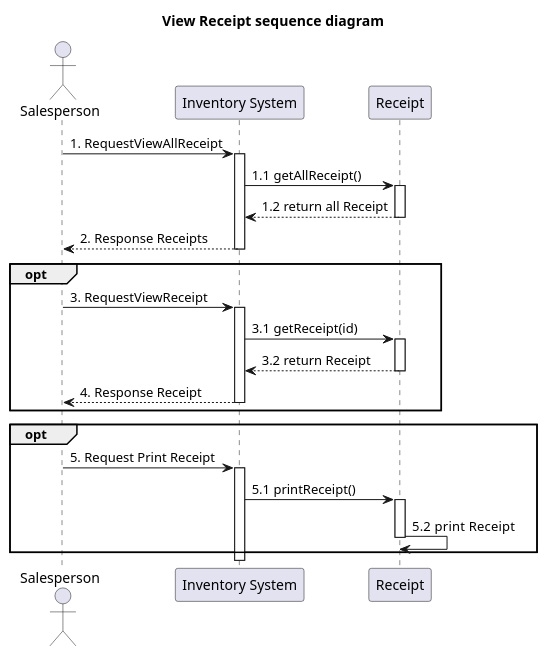
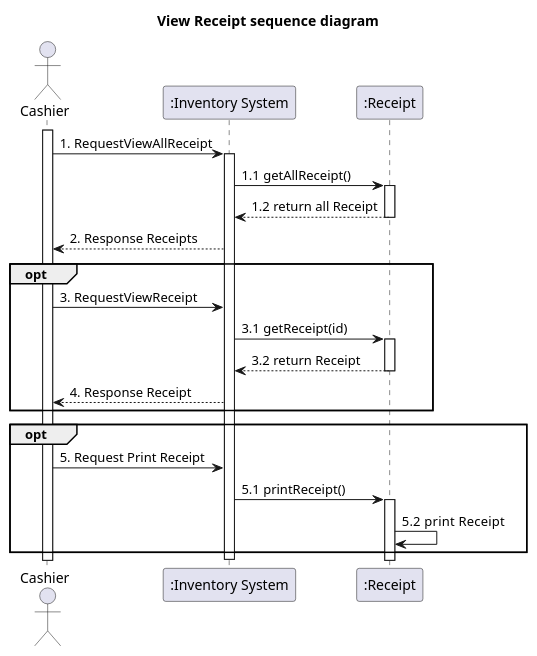
Before and after one commit to billowdev/inventory-system-plantuml-sequelize-seeder-example: the diagram in system-analysis/sequence/_7_1_sequence-view-receipt.puml, drawn with PlantUML. The commit also changed 22 other files, not shown here.

Commit message:
update sequence diagram and add overview sequence

```diff
--- a/system-analysis/sequence/_7_1_sequence-view-receipt.puml
+++ b/system-analysis/sequence/_7_1_sequence-view-receipt.puml
@@ -1,61 +1,59 @@
 @startuml
 'example
 title View Receipt sequence diagram
 
-actor Salesperson as actorSalesperson
-participant "Inventory System" as InventorySystem
-participant "Receipt" as classReceipt
+actor Cashier as actorCashier
+participant ":Inventory System" as InventorySystem
+participant ":Receipt" as classReceipt
 
-actorSalesperson -> InventorySystem: 1. RequestViewAllReceipt
+activate actorCashier
+
+actorCashier -> InventorySystem: 1. RequestViewAllReceipt
 activate InventorySystem
 
 '-------------- START view product ---------------
 InventorySystem -> classReceipt: 1.1 getAllReceipt()
 activate classReceipt
 
 classReceipt --> InventorySystem: 1.2 return all Receipt
 deactivate classReceipt
 
-InventorySystem --> actorSalesperson : 2. Response Receipts
+InventorySystem --> actorCashier : 2. Response Receipts
 
-deactivate InventorySystem
 
 
 opt
-actorSalesperson -> InventorySystem: 3. RequestViewReceipt
-activate InventorySystem
+actorCashier -> InventorySystem: 3. RequestViewReceipt
 
 InventorySystem -> classReceipt: 3.1 getReceipt(id)
 activate classReceipt
 
 classReceipt --> InventorySystem: 3.2 return Receipt
 deactivate classReceipt
 
 
 '-------------- END view product ---------------
 
-InventorySystem --> actorSalesperson : 4. Response Receipt
+InventorySystem --> actorCashier : 4. Response Receipt
 
-deactivate InventorySystem
+
 end
 
 
 opt
-actorSalesperson -> InventorySystem : 5. Request Print Receipt
+actorCashier -> InventorySystem : 5. Request Print Receipt
 
-activate InventorySystem
 
 InventorySystem -> classReceipt : 5.1 printReceipt()
+
 activate classReceipt
-
 classReceipt -> classReceipt : 5.2  print Receipt
 
-deactivate classReceipt
 
-'deactivate InventorySystem
 end
+deactivate InventorySystem
 
 
 
 
 @enduml
```
